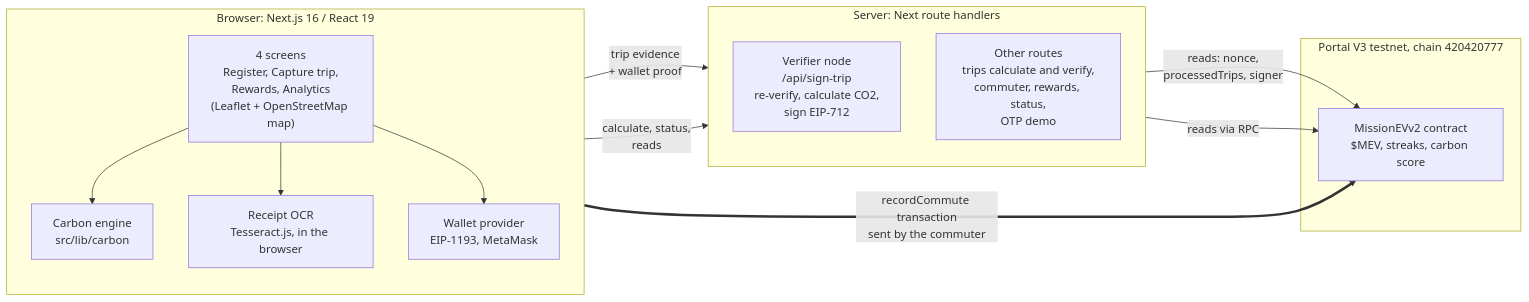
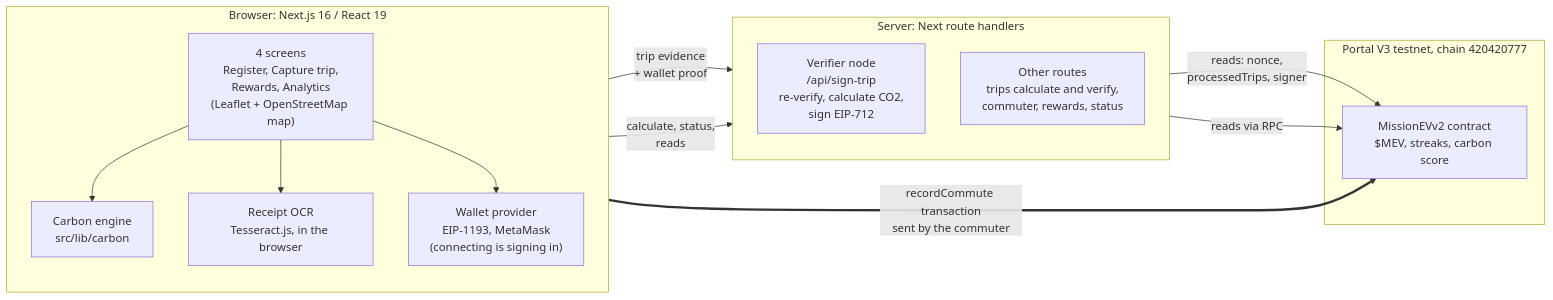
Before and after one commit to ManavNegi2807/missionev-app: the first of 2 diagrams in docs/ARCHITECTURE.md, drawn with Mermaid. The commit also changed 9 other files, not shown here.

First line of the commit message:
docs: describe wallet sign-in, drop OTP wording, rebuild the pitch deck

````diff
--- a/docs/ARCHITECTURE.md
+++ b/docs/ARCHITECTURE.md
@@ -6,26 +6,26 @@
 ```mermaid
 flowchart LR
   subgraph Browser["Browser: Next.js 16 / React 19"]
     direction TB
     UI["4 screens<br/>Register, Capture trip,<br/>Rewards, Analytics<br/>(Leaflet + OpenStreetMap map)"]
     ENG["Carbon engine<br/>src/lib/carbon"]
     OCR["Receipt OCR<br/>Tesseract.js, in the browser"]
-    WAL["Wallet provider<br/>EIP-1193, MetaMask"]
+    WAL["Wallet provider<br/>EIP-1193, MetaMask<br/>(connecting is signing in)"]
     UI --> ENG
     UI --> OCR
     UI --> WAL
   end
   subgraph Server["Server: Next route handlers"]
     direction TB
     ORA["Verifier node<br/>/api/sign-trip<br/>re-verify, calculate CO2,<br/>sign EIP-712"]
-    API["Other routes<br/>trips calculate and verify,<br/>commuter, rewards, status,<br/>OTP demo"]
+    API["Other routes<br/>trips calculate and verify,<br/>commuter, rewards, status"]
   end
   subgraph Chain["Portal V3 testnet, chain 420420777"]
     SC["MissionEVv2 contract<br/>$MEV, streaks, carbon score"]
   end
   UI -->|"trip evidence<br/>+ wallet proof"| ORA
   UI -->|"calculate, status,<br/>reads"| API
   ORA -->|"reads: nonce,<br/>processedTrips, signer"| SC
   API -->|"reads via RPC"| SC
   WAL ==>|"recordCommute transaction<br/>sent by the commuter"| SC
 ```
````
